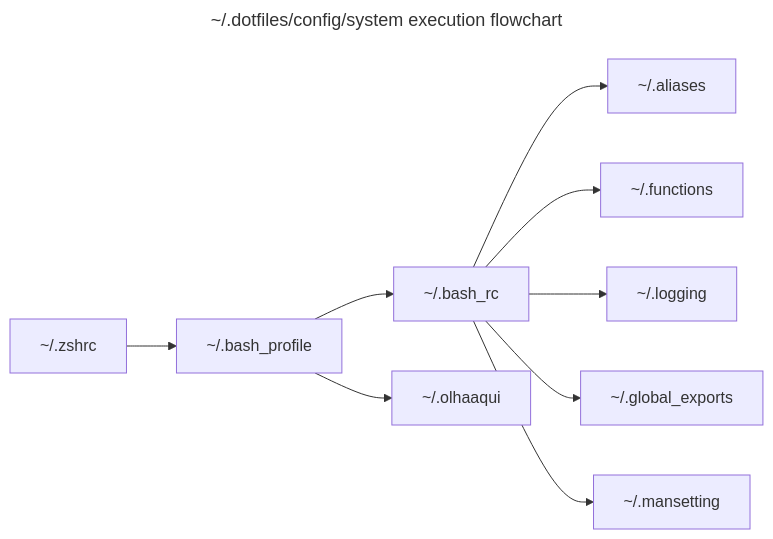
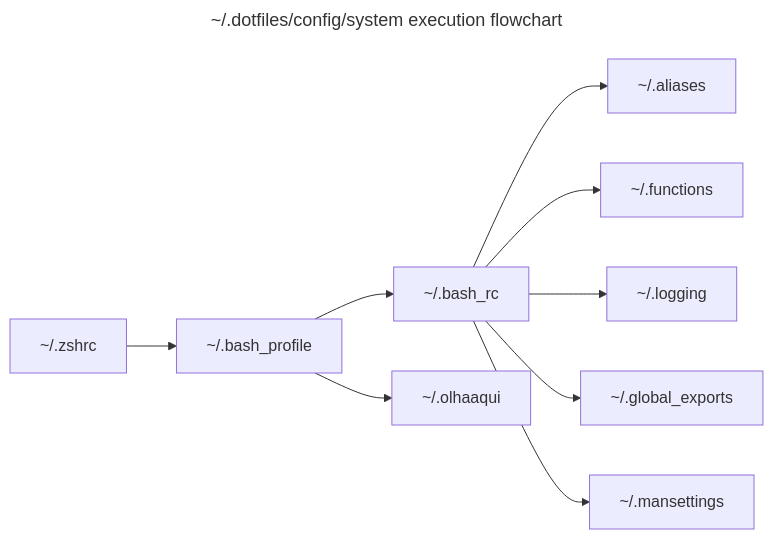
The diagram in README.md (andreffs18/dotfiles), drawn with Mermaid before and after one commit. The commit also changed other lines of this file and 6 other files, not shown here.

````diff
--- a/README.md
+++ b/README.md
@@ -127,14 +127,14 @@
 ```mermaid
 ---
 title: ~/.dotfiles/config/system execution flowchart
 ---
 flowchart LR
     zshrc["~/.zshrc"] --> bash_profile["~/.bash_profile"]
     bash_profile --> bash_rc["~/.bash_rc"]
     bash_profile --> olhaqui["~/.olhaaqui"]
     bash_rc --> aliases["~/.aliases"]
     bash_rc --> functions["~/.functions"]
     bash_rc --> logging["~/.logging"]
     bash_rc --> global_exports["~/.global_exports"]
-    bash_rc --> mansettings["~/.mansetting"]
+    bash_rc --> mansettings["~/.mansettings"]
 ```
````
